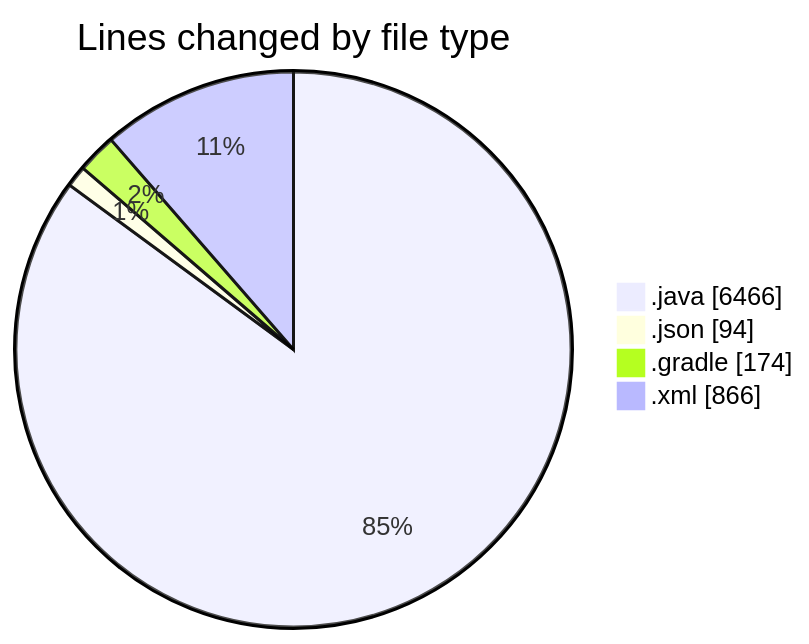
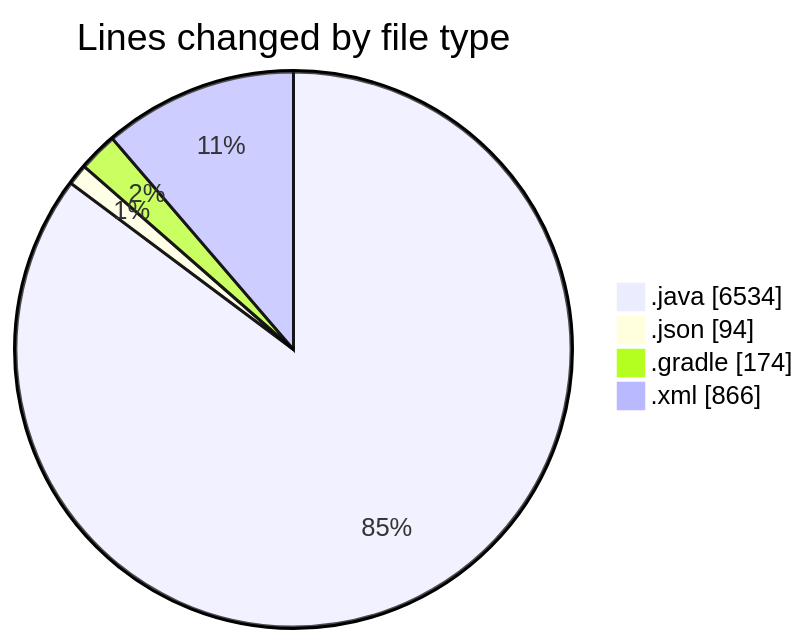
Before and after one commit to charlie-sans/code-tracking: the first of 2 diagrams in 2025-02-22/micros/README.md, drawn with Mermaid. The commit also changed other lines of this file and 1 other file, not shown here.

````diff
--- a/2025-02-22/micros/README.md
+++ b/2025-02-22/micros/README.md
@@ -63,8 +63,8 @@
 ```mermaid
 pie showData
 title Lines changed by file type
-".java" : 6466
+".java" : 6534
 ".json" : 94
 ".gradle" : 174
 ".xml" : 866
 ```
````
